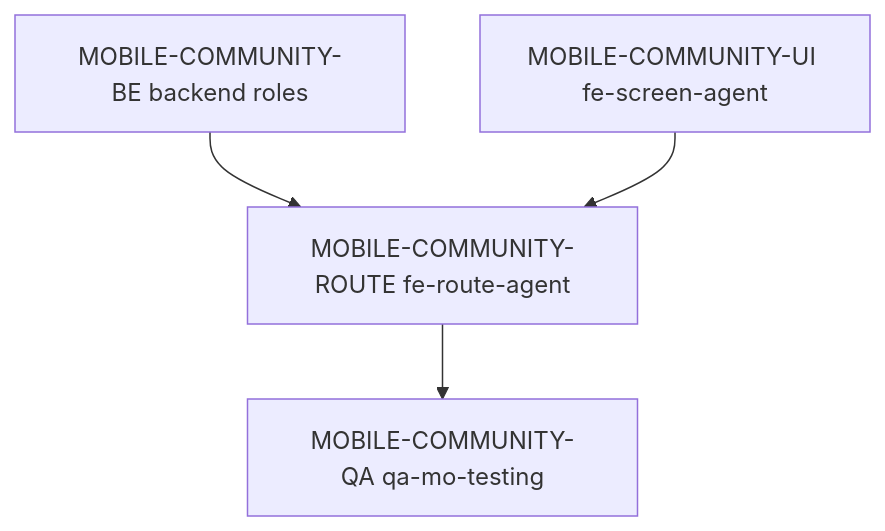
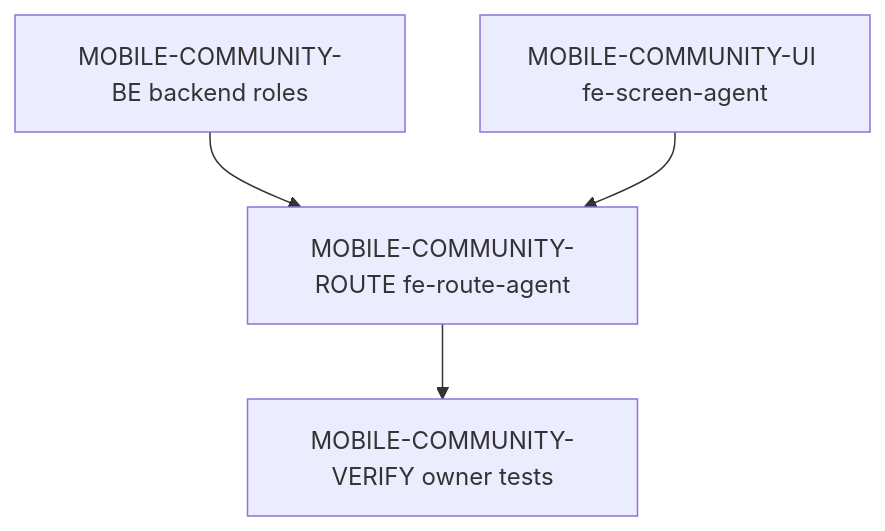
Before and after one commit to kimjoongwon/prj-core: the diagram in docs/services/mobile-community.delivery.spec.md, drawn with Mermaid. The commit also changed other lines of this file and 413 other files, not shown here.

````diff
--- a/docs/services/mobile-community.delivery.spec.md
+++ b/docs/services/mobile-community.delivery.spec.md
@@ -79,6 +78,6 @@
 ```mermaid
 flowchart TD
   B["MOBILE-COMMUNITY-BE backend roles"] --> R["MOBILE-COMMUNITY-ROUTE fe-route-agent"]
   U["MOBILE-COMMUNITY-UI fe-screen-agent"] --> R
-  R --> Q["MOBILE-COMMUNITY-QA qa-mo-testing"]
+  R --> V["MOBILE-COMMUNITY-VERIFY owner tests"]
 ```
````
